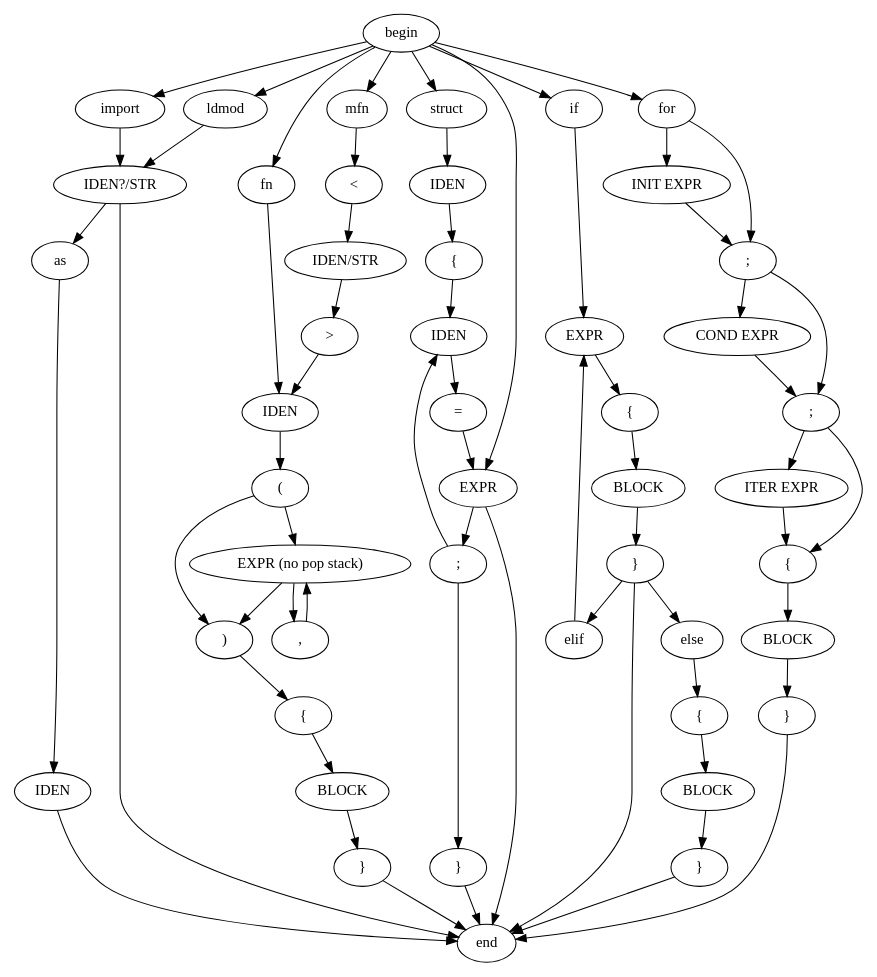
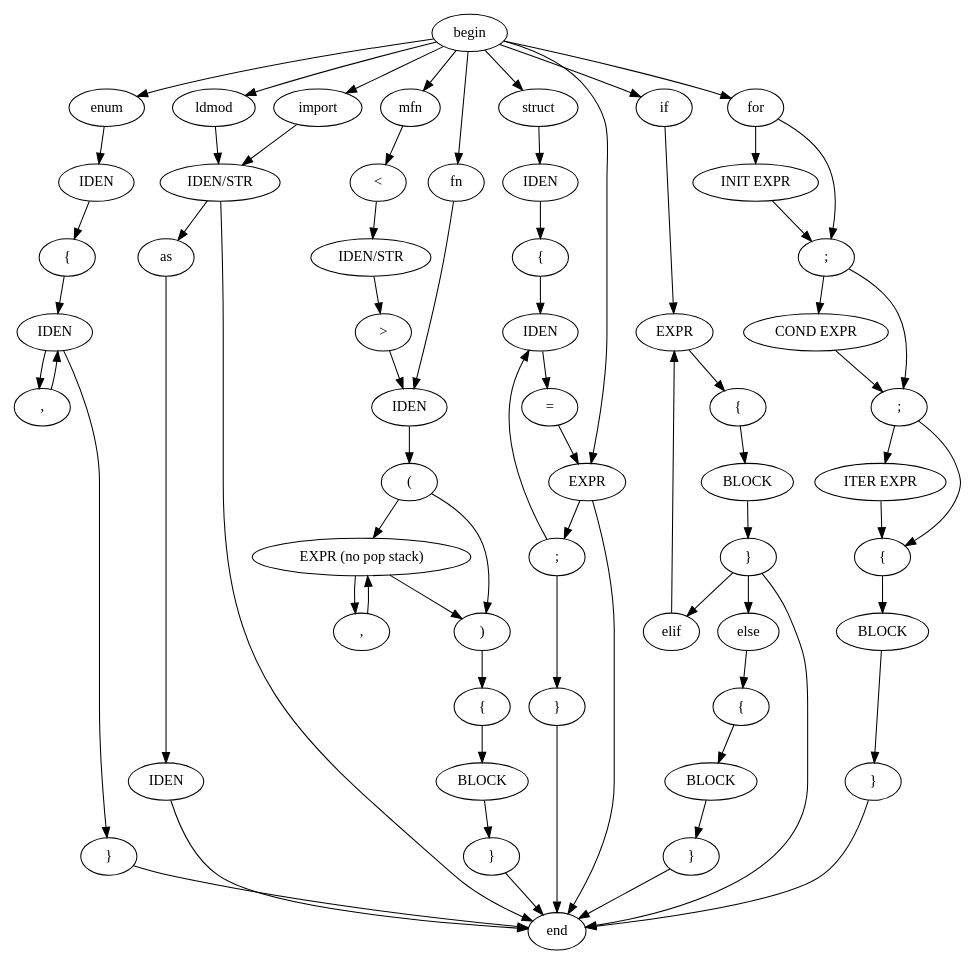
One commit to Electrux/Ethereal changed the diagram in Design/parser_keywords.gv. Above: the diagram before and after it, drawn with Graphviz. The commit also changed 15 other files, not shown here.

Commit message:
Added enum lexer code and graphiz nodes; updated tests and removed the obsolete ones

```diff
--- a/Design/parser_keywords.gv
+++ b/Design/parser_keywords.gv
@@ -1,79 +1,91 @@
 # notes
 # 1. STR = any const string
 # 2. a BLOCK can contain only EXPR, struct, conditionals, loops, import, ldmod
+# 3. maybe import identifier can be used as a variable too
 
 digraph ParserKeywords {
 	size = "10,10";
 	begin;
 
 	# Keywords
-	begin -> { import, struct, fn, mfn, if, for, ldmod };
+	begin -> { enum, import, struct, fn, mfn, if, for, ldmod };
+
+	# enum
+	ENUMNAME [ label = "IDEN" ];
+	ENUMLBRACE [ label = "{" ];
+	ENUMRBRACE [ label = "}" ];
+	ENUMKEY [ label = "IDEN" ];
+	ENUMSEPAR [ label = "," ];
+	enum -> ENUMNAME -> ENUMLBRACE -> ENUMKEY -> { ENUMRBRACE, ENUMSEPAR };
+	ENUMSEPAR -> ENUMKEY;
+	ENUMRBRACE -> end;
+
 
 	# import
-	IMPORTNAME [ label = "IDEN?/STR" ];
+	IMPORTNAME [ label = "IDEN/STR" ];
 	IMPORTASNAME [ label = "IDEN" ];
 	import -> IMPORTNAME -> { as, end };
 	as -> IMPORTASNAME -> end;
 
 	# struct
 	STRUCTNAME [ label = "IDEN" ];
 	STRUCTATTR [ label = "IDEN" ];
 	STRUCTLBRACE [ label = "{" ];
 	STRUCTRBRACE [ label = "}" ];
 	STRUCTSEMICOL [ label = ";" ];
 	struct -> STRUCTNAME -> STRUCTLBRACE -> STRUCTATTR -> "="
 	       -> EXPR -> STRUCTSEMICOL -> { STRUCTATTR, STRUCTRBRACE };
 	STRUCTRBRACE -> end;
 
 	# fn
 	FNNAME [ label = "IDEN" ];
 	FNARG [ label = "EXPR (no pop stack)" ];
 	FNLPAREN [ label = "(" ];
 	FNARGCOMMA [ label = "," ];
 	FNRPAREN [ label = ")" ];
 	FNLBRACE [ label = "{" ];
 	FNRBRACE [ label = "}" ];
 	FNBLOCK [ label = "BLOCK" ];
 	fn -> FNNAME -> FNLPAREN -> { FNRPAREN, FNARG };
 	FNARG -> { FNARGCOMMA, FNRPAREN };
 	FNARGCOMMA -> FNARG;
 	FNRPAREN -> FNLBRACE -> FNBLOCK -> FNRBRACE -> end;
 
 	# mfn
 	MEMBEROF [ label = "IDEN/STR" ];
 	MFNLANGLEBRACK [ label = "<" ];
 	MFNRANGLEBRACK [ label = ">" ];
 	mfn -> MFNLANGLEBRACK -> MEMBEROF -> MFNRANGLEBRACK -> FNNAME;
 
 	# if
 	IFCOND [ label = "EXPR" ];
 	IFLBRACE [ label = "{" ];
 	IFBLOCK [ label = "BLOCK" ];
 	IFRBRACE [ label = "}" ];
 	ELSELBRACE [ label = "{" ];
 	ELSEBLOCK [ label = "BLOCK" ];
 	ELSERBRACE [ label = "}" ];
 	if -> IFCOND -> IFLBRACE -> IFBLOCK -> IFRBRACE -> { elif, else, end };
 	elif -> IFCOND;
 	else -> ELSELBRACE -> ELSEBLOCK -> ELSERBRACE -> end;
 
 	# for
 	FORINIT [ label = "INIT EXPR" ];
 	FORINITSEMICOL [ label = ";" ];
 	FORCOND [ label = "COND EXPR" ];
 	FORCONDSEMICOL [ label = ";" ];
 	FORITER [ label = "ITER EXPR" ];
 	FORLBRACE [ label = "{" ];
 	FORBLOCK [ label = "BLOCK" ];
 	FORRBRACE [ label = "}" ];
 	for -> FORINIT -> FORINITSEMICOL -> FORCOND -> FORCONDSEMICOL -> FORITER -> FORLBRACE;
 	for -> FORINITSEMICOL; FORINITSEMICOL -> FORCONDSEMICOL; FORCONDSEMICOL -> FORLBRACE;
 	FORLBRACE -> FORBLOCK -> FORRBRACE -> end;
 
 	# ldmod
 	ldmod -> IMPORTNAME;
 
 	# at the end
 	begin -> EXPR -> end;
 	end;
 }
```
